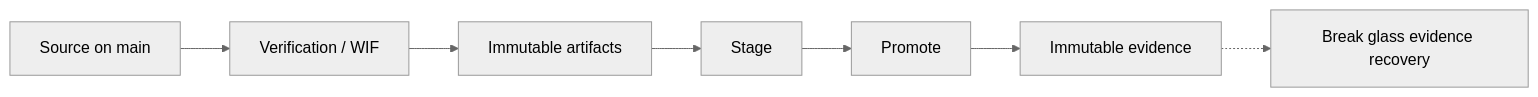
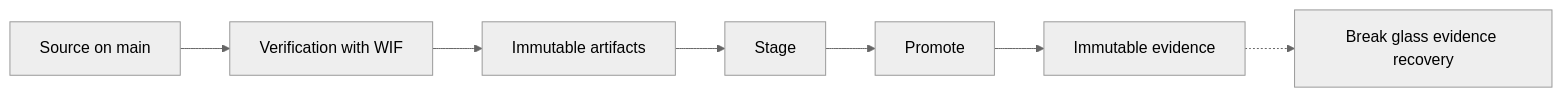
The second of 2 diagrams in README.md (Adellaghmari/boundarymesh), drawn with Mermaid (neutral theme) before and after one commit. The commit also changed other lines of this file, not shown here.

````diff
--- a/README.md
+++ b/README.md
@@ -100,13 +100,13 @@
 ```mermaid
 flowchart LR
   src[Source on main]
-  verify[Verification / WIF]
+  verify[Verification with WIF]
   arts[Immutable artifacts]
   stage[Stage]
   promo[Promote]
   evid[Immutable evidence]
   rec[Break glass evidence recovery]
 
   src --> verify --> arts --> stage --> promo --> evid
   evid -.-> rec
 ```
````
